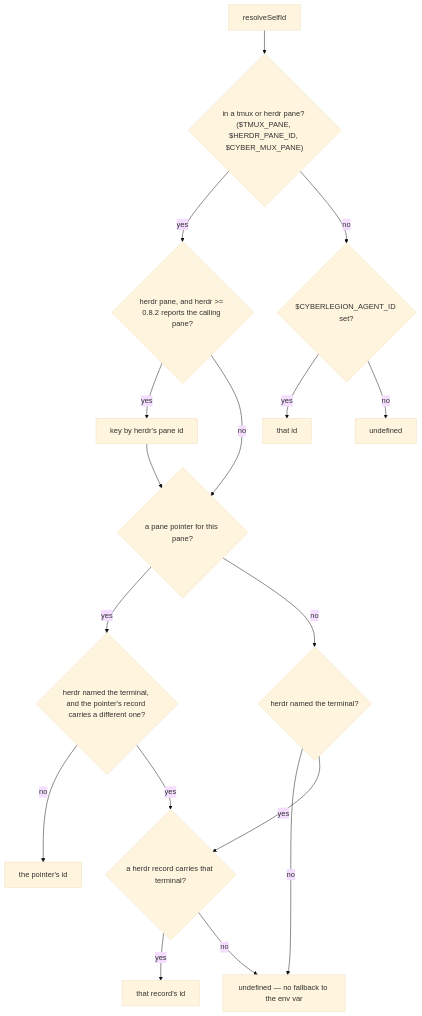
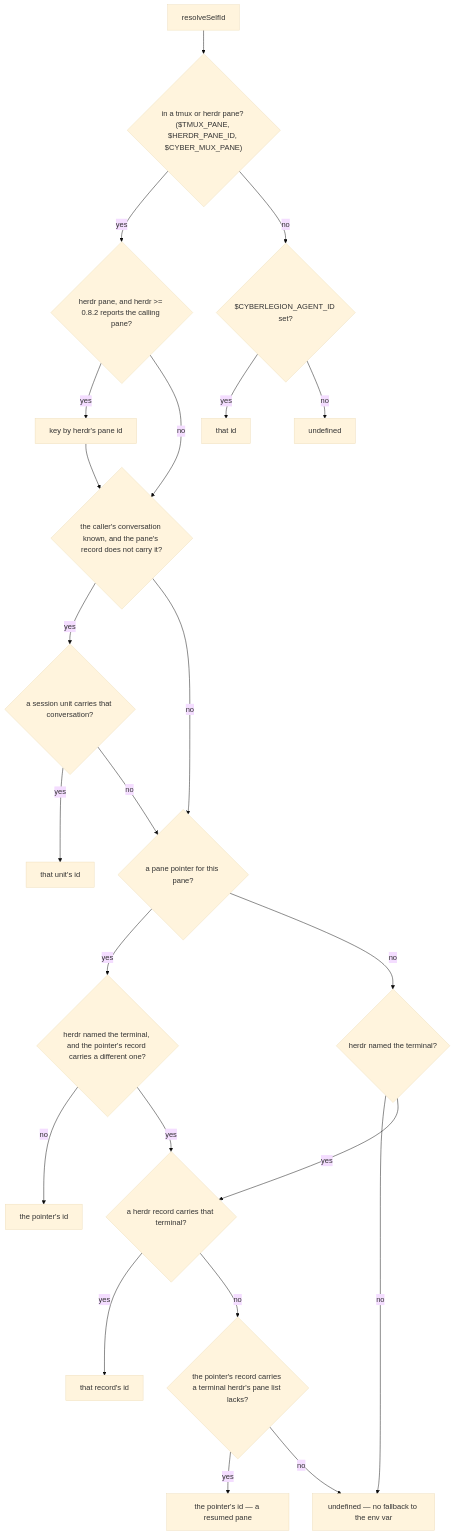
One commit to cyberuni/cyberlegion changed the fourth of 13 diagrams in packages/cyberlegion/.agents/spec/unit/registry/README.md. Above: the diagram before and after it, drawn with Mermaid (base theme). The commit also changed other lines of this file and 16 other files, not shown here.

First line of the commit message:
fix: a resumed session finds its unit by its harness conversation (#285)

````diff
--- a/packages/cyberlegion/.agents/spec/unit/registry/README.md
+++ b/packages/cyberlegion/.agents/spec/unit/registry/README.md
@@ -564,18 +587,24 @@
 ```mermaid
 graph TD
   SI0["resolveSelfId"] --> SI1{"in a tmux or herdr pane? ($TMUX_PANE, $HERDR_PANE_ID, $CYBER_MUX_PANE)"}
   SI1 -- yes --> SIH{"herdr pane, and herdr >= 0.8.2 reports the calling pane?"}
-  SIH -- yes --> SIHY["key by herdr's pane id"] --> SI2
-  SIH -- no --> SI2{"a pane pointer for this pane?"}
+  SIH -- yes --> SIHY["key by herdr's pane id"] --> SIC
+  SIH -- no --> SIC{"the caller's conversation known, and the pane's record does not carry it?"}
+  SIC -- yes --> SIC1{"a session unit carries that conversation?"}
+  SIC1 -- yes --> SICY["that unit's id"]
+  SIC1 -- no --> SI2
+  SIC -- no --> SI2{"a pane pointer for this pane?"}
   SI2 -- yes --> SIT{"herdr named the terminal, and the pointer's record carries a different one?"}
   SIT -- no --> SI2Y["the pointer's id"]
   SIT -- yes --> SIT1
   SI2 -- no --> SIT0{"herdr named the terminal?"}
   SIT0 -- no --> SI2N["undefined — no fallback to the env var"]
   SIT0 -- yes --> SIT1{"a herdr record carries that terminal?"}
   SIT1 -- yes --> SITY["that record's id"]
-  SIT1 -- no --> SI2N
+  SIT1 -- no --> SIR{"the pointer's record carries a terminal herdr's pane list lacks?"}
+  SIR -- yes --> SIRY["the pointer's id — a resumed pane"]
+  SIR -- no --> SI2N
   SI1 -- no --> SI3{"$CYBERLEGION_AGENT_ID set?"}
   SI3 -- yes --> SI3Y["that id"]
   SI3 -- no --> SI3N["undefined"]
 ```
````
